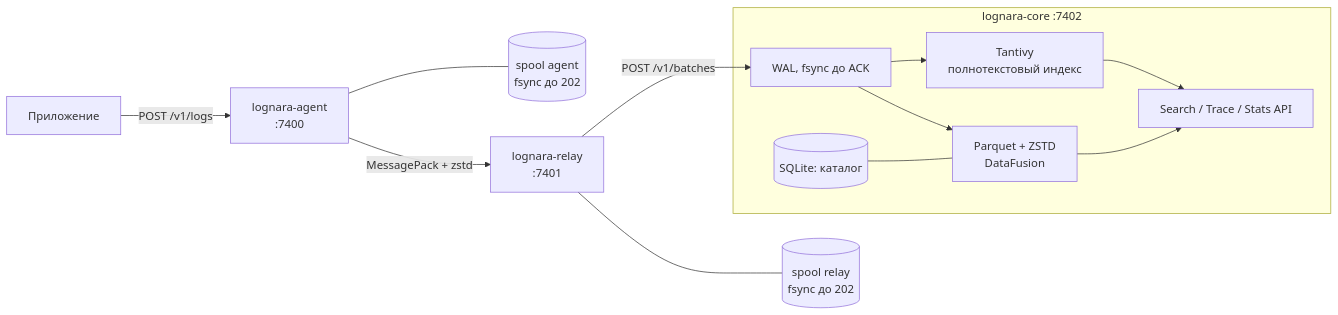
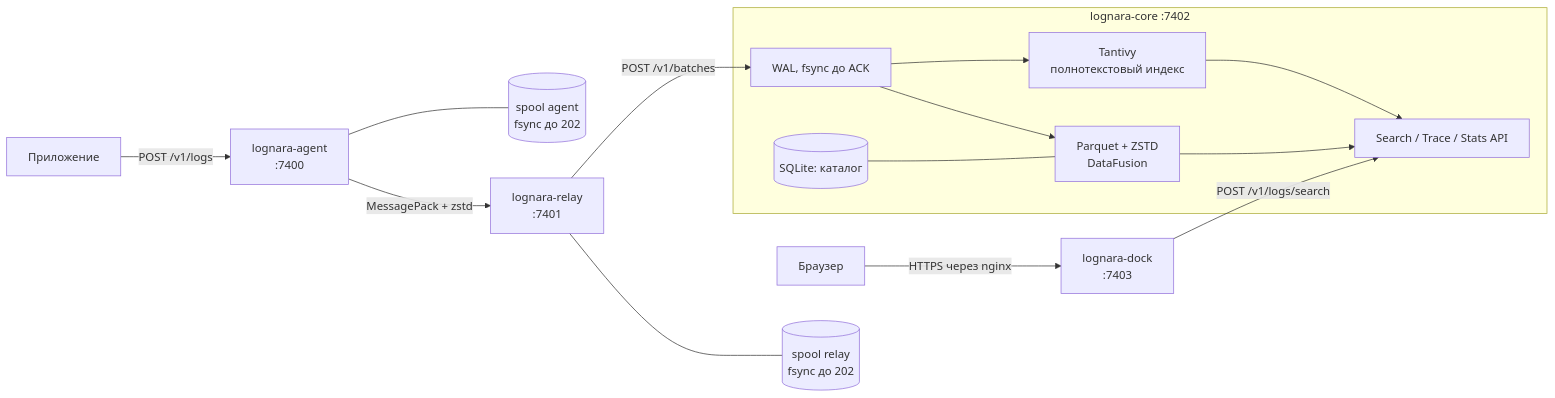
The diagram in README.md (Liis17/Lognara), drawn with Mermaid before and after one commit. The commit also changed other lines of this file and 6 other files, not shown here.

````diff
--- a/README.md
+++ b/README.md
@@ -18,16 +18,18 @@
 ```mermaid
 flowchart LR
     App["Приложение"] -->|"POST /v1/logs"| Agent["lognara-agent<br/>:7400"]
     Agent -->|"MessagePack + zstd"| Relay["lognara-relay<br/>:7401"]
     Agent --- AgentSpool[("spool agent<br/>fsync до 202")]
     Relay --- Spool[("spool relay<br/>fsync до 202")]
     Relay -->|"POST /v1/batches"| WAL
 
     subgraph Core["lognara-core :7402"]
         WAL["WAL, fsync до ACK"] --> Seg["Parquet + ZSTD<br/>DataFusion"]
         WAL --> Idx["Tantivy<br/>полнотекстовый индекс"]
         Cat[("SQLite: каталог")] --- Seg
         Seg --> API["Search / Trace / Stats API"]
         Idx --> API
     end
+    Browser["Браузер"] -->|"HTTPS через nginx"| Dock["lognara-dock<br/>:7403"]
+    Dock -->|"POST /v1/logs/search"| API
 ```
````
